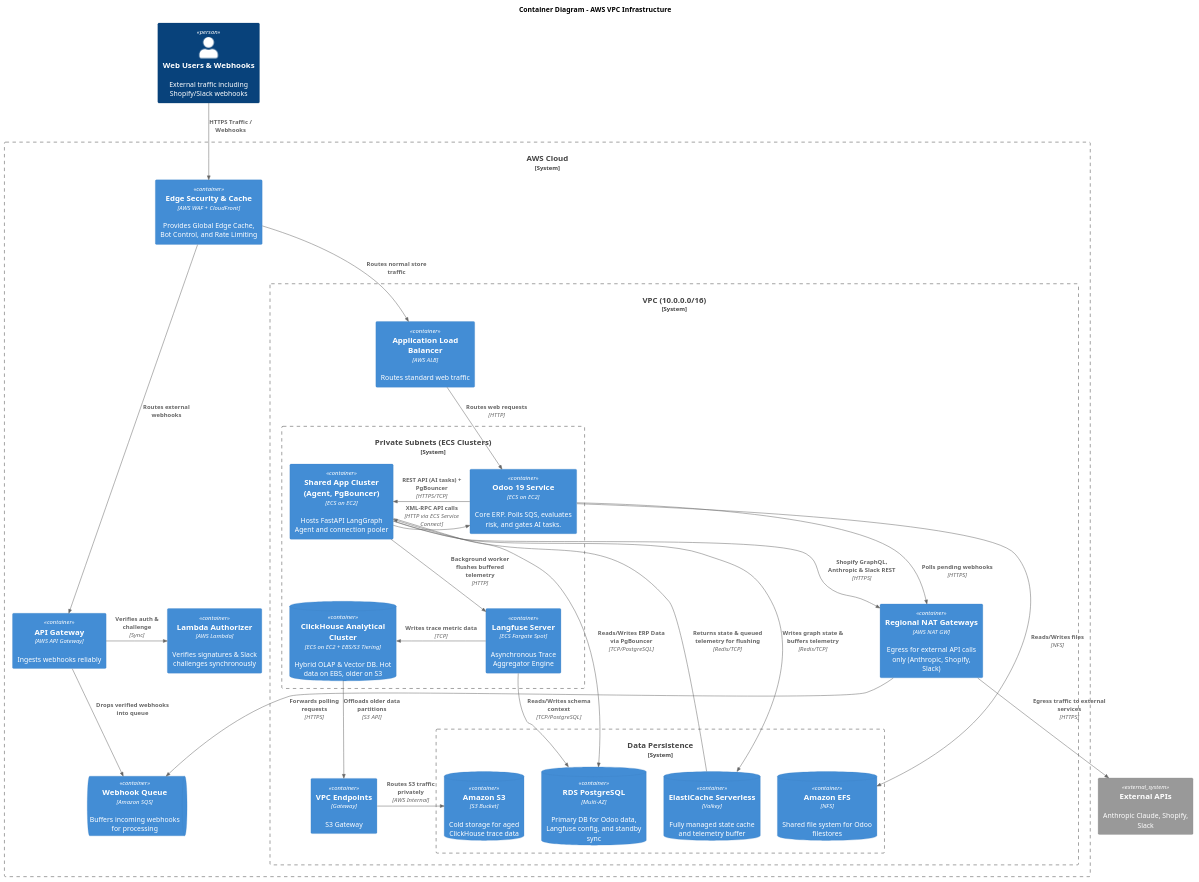
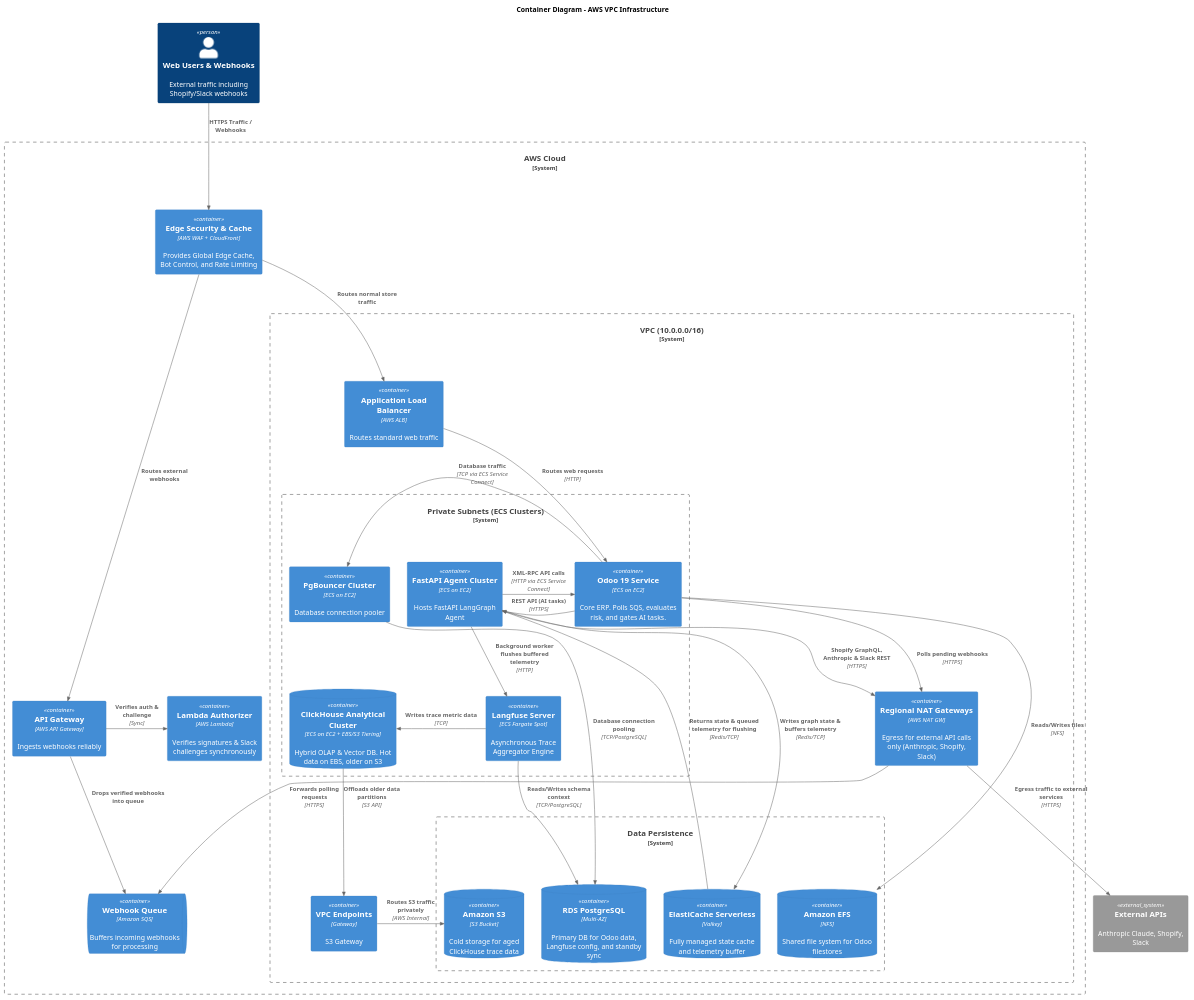
The diagram in C4_Container.puml (jenisrowan/odoo-ai-ops), drawn with PlantUML before and after one commit. The commit also changed 5 other files, not shown here.

First line of the commit message:
docs: decouple FastAPI & PgBouncer clusters and optimize AWS cost model

```diff
--- a/C4_Container.puml
+++ b/C4_Container.puml
@@ -1,76 +1,78 @@
 @startuml C4_Container
 !include https://raw.githubusercontent.com/plantuml-stdlib/C4-PlantUML/master/C4_Container.puml
 
 title Container Diagram - AWS VPC Infrastructure
 
 LAYOUT_TOP_DOWN()
 
 Person(internet, "Web Users & Webhooks", "External traffic including Shopify/Slack webhooks")
 
 System_Boundary(aws, "AWS Cloud") {
     Container(edge, "Edge Security & Cache", "AWS WAF + CloudFront", "Provides Global Edge Cache, Bot Control, and Rate Limiting")
     Container(apigw, "API Gateway", "AWS API Gateway", "Ingests webhooks reliably")
     Container(lambda, "Lambda Authorizer", "AWS Lambda", "Verifies signatures & Slack challenges synchronously")
     ContainerQueue(sqs, "Webhook Queue", "Amazon SQS", "Buffers incoming webhooks for processing")
     
     System_Boundary(vpc, "VPC (10.0.0.0/16)") {
         Container(alb, "Application Load Balancer", "AWS ALB", "Routes standard web traffic")
         Container(nat, "Regional NAT Gateways", "AWS NAT GW", "Egress for external API calls only (Anthropic, Shopify, Slack)")
         Container(vpc_endpoints, "VPC Endpoints", "Gateway", "S3 Gateway")
         
         System_Boundary(private_ecs, "Private Subnets (ECS Clusters)") {
             Container(odoo, "Odoo 19 Service", "ECS on EC2", "Core ERP. Polls SQS, evaluates risk, and gates AI tasks.")
-            Container(agent, "Shared App Cluster (Agent, PgBouncer)", "ECS on EC2", "Hosts FastAPI LangGraph Agent and connection pooler")
+            Container(agent, "FastAPI Agent Cluster", "ECS on EC2", "Hosts FastAPI LangGraph Agent")
+            Container(pgbouncer, "PgBouncer Cluster", "ECS on EC2", "Database connection pooler")
             Container(langfuse, "Langfuse Server", "ECS Fargate Spot", "Asynchronous Trace Aggregator Engine")
             ContainerDb(clickhouse, "ClickHouse Analytical Cluster", "ECS on EC2 + EBS/S3 Tiering", "Hybrid OLAP & Vector DB. Hot data on EBS, older on S3")
         }
 
         System_Boundary(data_layer, "Data Persistence") {
             ContainerDb(valkey, "ElastiCache Serverless", "Valkey", "Fully managed state cache and telemetry buffer")
             ContainerDb(rds, "RDS PostgreSQL", "Multi-AZ", "Primary DB for Odoo data, Langfuse config, and standby sync")
             ContainerDb(efs, "Amazon EFS", "NFS", "Shared file system for Odoo filestores")
             ContainerDb(s3, "Amazon S3", "S3 Bucket", "Cold storage for aged ClickHouse trace data")
         }
     }
 }
 
 System_Ext(external_apis, "External APIs", "Anthropic Claude, Shopify, Slack")
 
 ' --- INGRESS FLOW ---
 Rel(internet, edge, "HTTPS Traffic / Webhooks")
 Rel(edge, alb, "Routes normal store traffic")
 Rel(edge, apigw, "Routes external webhooks")
 
 ' --- WEBHOOK INGESTION ---
 Rel_R(apigw, lambda, "Verifies auth & challenge", "Sync")
 Rel(apigw, sqs, "Drops verified webhooks into queue")
 
 ' --- VPC INGRESS & SQS POLLING ---
 Rel(alb, odoo, "Routes web requests", "HTTP")
 Rel(odoo, nat, "Polls pending webhooks", "HTTPS")
 Rel(nat, sqs, "Forwards polling requests", "HTTPS")
 
 ' --- EGRESS TO EXTERNAL APIs ---
 Rel(agent, nat, "Shopify GraphQL, Anthropic & Slack REST", "HTTPS")
 Rel(nat, external_apis, "Egress traffic to external services", "HTTPS")
 
 ' --- CORE ECS SERVICES (Lateral) ---
-Rel_R(odoo, agent, "REST API (AI tasks) + PgBouncer", "HTTPS/TCP")
+Rel_R(odoo, agent, "REST API (AI tasks)", "HTTPS")
+Rel_R(odoo, pgbouncer, "Database traffic", "TCP via ECS Service Connect")
 Rel_L(agent, odoo, "XML-RPC API calls", "HTTP via ECS Service Connect")
 
 ' --- TELEMETRY ---
 Rel(agent, langfuse, "Background worker flushes buffered telemetry", "HTTP")
 Rel_R(langfuse, clickhouse, "Writes trace metric data", "TCP")
 
 ' --- DATA PERSISTENCE (Bottom Layer) ---
 Rel(odoo, efs, "Reads/Writes files", "NFS")
 Rel(agent, valkey, "Writes graph state & buffers telemetry", "Redis/TCP")
 Rel(valkey, agent, "Returns state & queued telemetry for flushing", "Redis/TCP")
-Rel(agent, rds, "Reads/Writes ERP Data via PgBouncer", "TCP/PostgreSQL")
+Rel(pgbouncer, rds, "Database connection pooling", "TCP/PostgreSQL")
 Rel(langfuse, rds, "Reads/Writes schema context", "TCP/PostgreSQL")
 
 ' --- S3 OFFLOADING ---
 Rel(clickhouse, vpc_endpoints, "Offloads older data partitions", "S3 API")
 Rel(vpc_endpoints, s3, "Routes S3 traffic privately", "AWS Internal")
 
 @enduml
```
